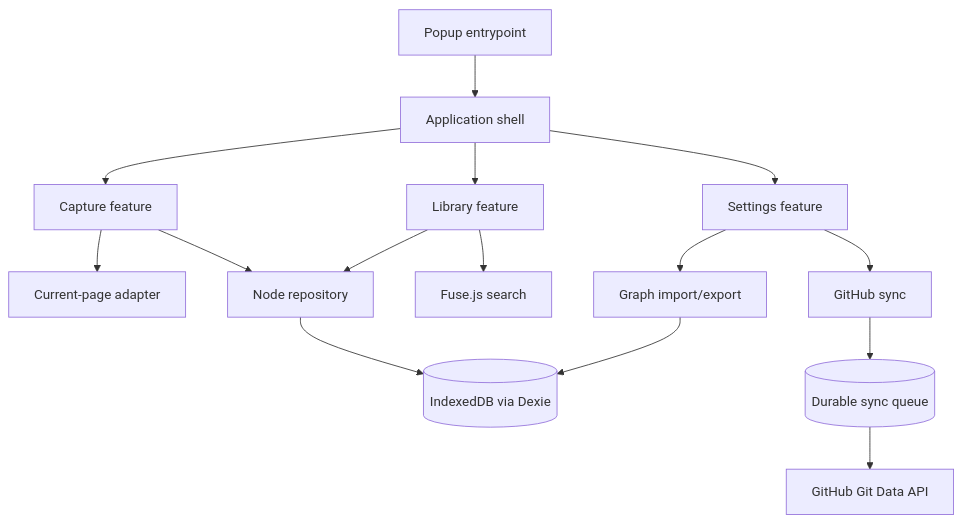
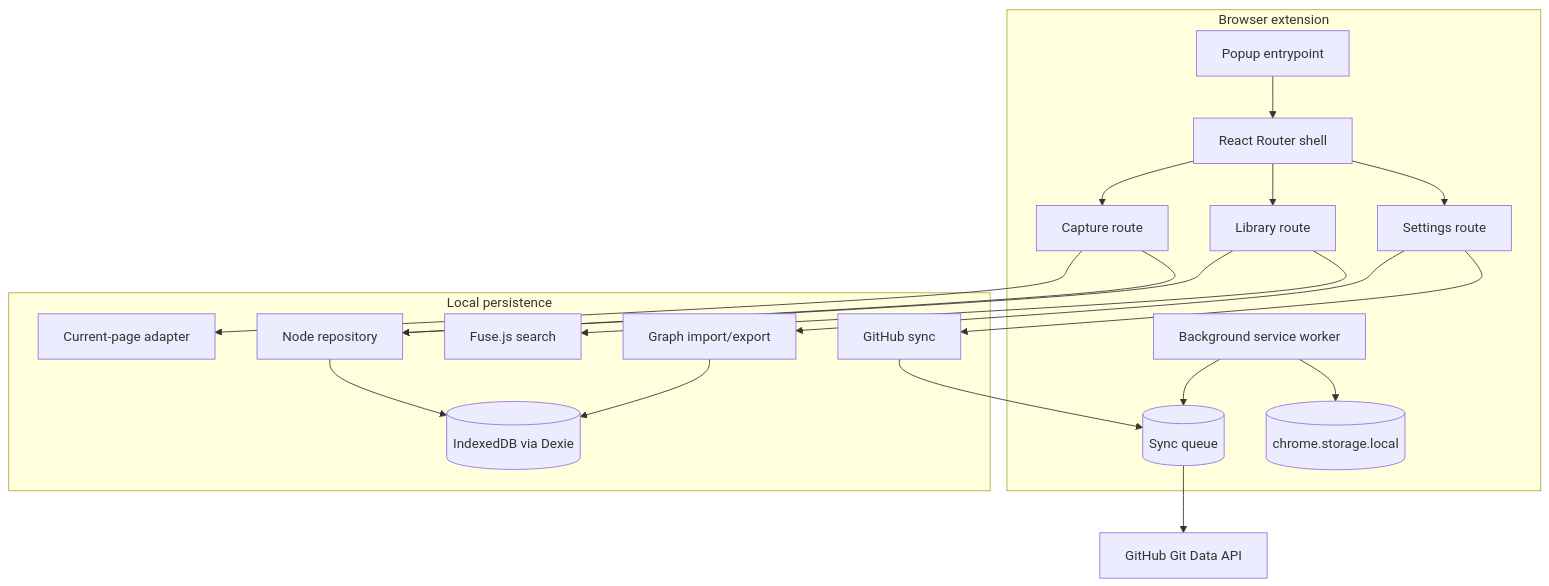
The diagram in docs/architecture/overview.md (NayanSayaji/knowledge-graph), drawn with Mermaid before and after one commit. The commit also changed other lines of this file and 28 other files, not shown here.

````diff
--- a/docs/architecture/overview.md
+++ b/docs/architecture/overview.md
@@ -52,17 +52,25 @@
 ```mermaid
 flowchart TD
-  Main[Popup entrypoint] --> App[Application shell]
-  App --> Capture[Capture feature]
-  App --> Library[Library feature]
-  App --> Settings[Settings feature]
-  Capture --> Browser[Current-page adapter]
-  Capture --> Repository[Node repository]
-  Library --> Search[Fuse.js search]
-  Library --> Repository
-  Settings --> Transfer[Graph import/export]
-  Settings --> Sync[GitHub sync]
-  Repository --> DB[(IndexedDB via Dexie)]
-  Transfer --> DB
-  Sync --> Queue[(Durable sync queue)]
+  subgraph Browser["Browser extension"]
+    Popup[Popup entrypoint] --> Router[React Router shell]
+    Router --> Capture[Capture route]
+    Router --> Library[Library route]
+    Router --> Settings[Settings route]
+    Background[Background service worker] --> Queue[(Sync queue)]
+    Background --> Storage[(chrome.storage.local)]
+  end
+
+  subgraph Local["Local persistence"]
+    Capture --> BrowserAPI[Current-page adapter]
+    Capture --> Repository[Node repository]
+    Library --> Search[Fuse.js search]
+    Library --> Repository
+    Settings --> Transfer[Graph import/export]
+    Settings --> Sync[GitHub sync]
+    Repository --> DB[(IndexedDB via Dexie)]
+    Transfer --> DB
+    Sync --> Queue
+  end
+
   Queue --> GitHub[GitHub Git Data API]
 ```
````
